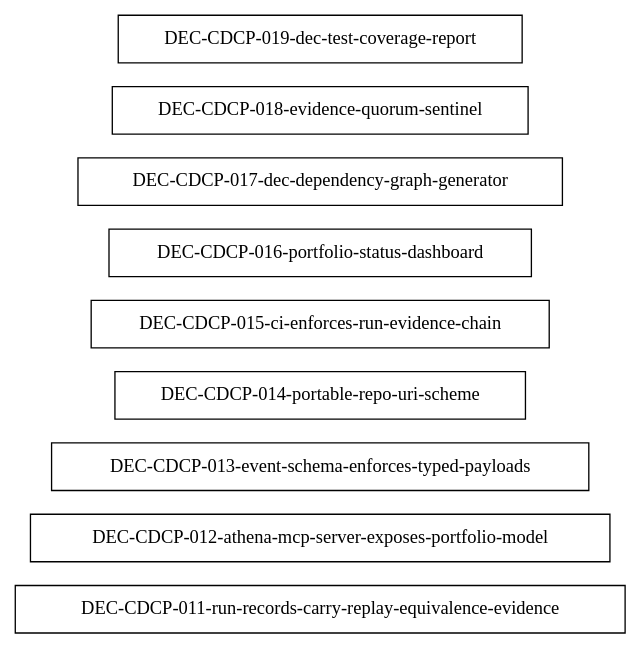
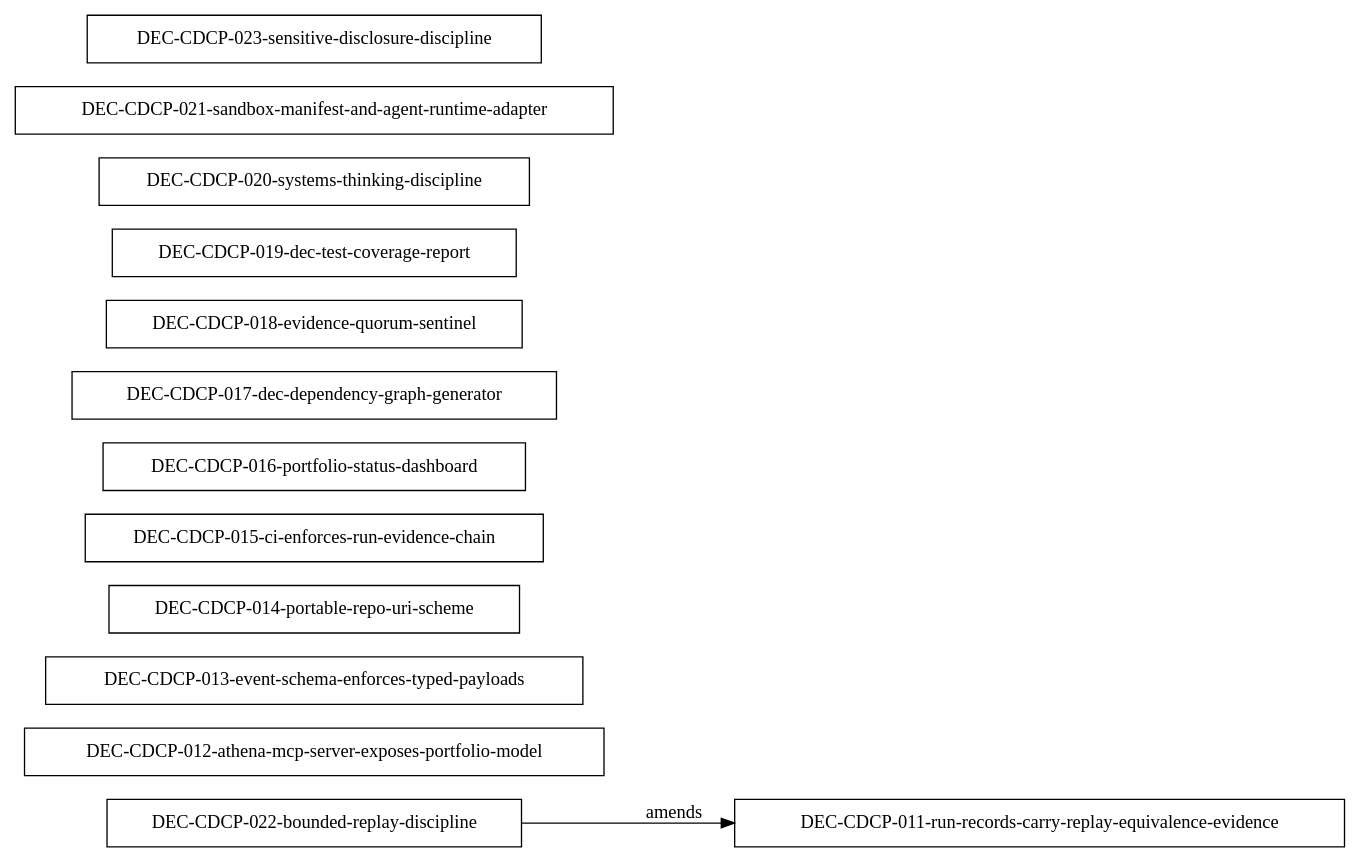
The diagram in ops/dec-graphs/athena-site.dot (AthenaTheOwl/athena-site), drawn with Graphviz before and after one commit. The commit also changed 6 other files, not shown here.

Commit message:
audit: weekly portfolio health + status + evidence quorum + DEC graphs + coverage

```diff
--- a/ops/dec-graphs/athena-site.dot
+++ b/ops/dec-graphs/athena-site.dot
@@ -1,12 +1,17 @@
 digraph dec_chains_athena_site {
   rankdir=LR;
   "DEC-CDCP-011-run-records-carry-replay-equivalence-evidence" [shape=box, style=solid];
   "DEC-CDCP-012-athena-mcp-server-exposes-portfolio-model" [shape=box, style=solid];
   "DEC-CDCP-013-event-schema-enforces-typed-payloads" [shape=box, style=solid];
   "DEC-CDCP-014-portable-repo-uri-scheme" [shape=box, style=solid];
   "DEC-CDCP-015-ci-enforces-run-evidence-chain" [shape=box, style=solid];
   "DEC-CDCP-016-portfolio-status-dashboard" [shape=box, style=solid];
   "DEC-CDCP-017-dec-dependency-graph-generator" [shape=box, style=solid];
   "DEC-CDCP-018-evidence-quorum-sentinel" [shape=box, style=solid];
   "DEC-CDCP-019-dec-test-coverage-report" [shape=box, style=solid];
+  "DEC-CDCP-020-systems-thinking-discipline" [shape=box, style=solid];
+  "DEC-CDCP-021-sandbox-manifest-and-agent-runtime-adapter" [shape=box, style=solid];
+  "DEC-CDCP-022-bounded-replay-discipline" [shape=box, style=solid];
+  "DEC-CDCP-023-sensitive-disclosure-discipline" [shape=box, style=solid];
+  "DEC-CDCP-022-bounded-replay-discipline" -> "DEC-CDCP-011-run-records-carry-replay-equivalence-evidence" [label="amends"];
 }
```
